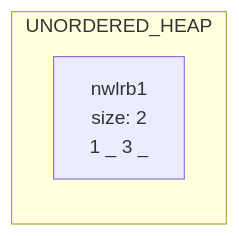
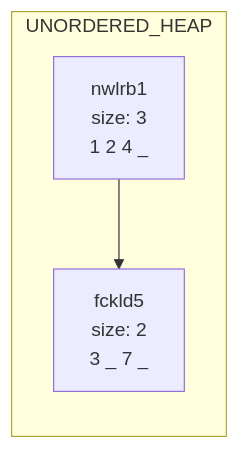
Before and after one commit to vasu0403/bpTree: the second of 2 diagrams in data/chart.md, drawn with Mermaid. The commit also changed other lines of this file and 2 other files, not shown here.

````diff
--- a/data/chart.md
+++ b/data/chart.md
@@ -7,6 +11,8 @@
 ```mermaid
 graph LR
 subgraph UNORDERED_HEAP
-nwlrb1[nwlrb1<br/>size: 2<br/>1 _ 3 _ ]
+nwlrb1[nwlrb1<br/>size: 3<br/>1 2 4 _ ]
+fckld5[fckld5<br/>size: 2<br/>3 _ 7 _ ]
+nwlrb1-->fckld5
 end
 ```
````
